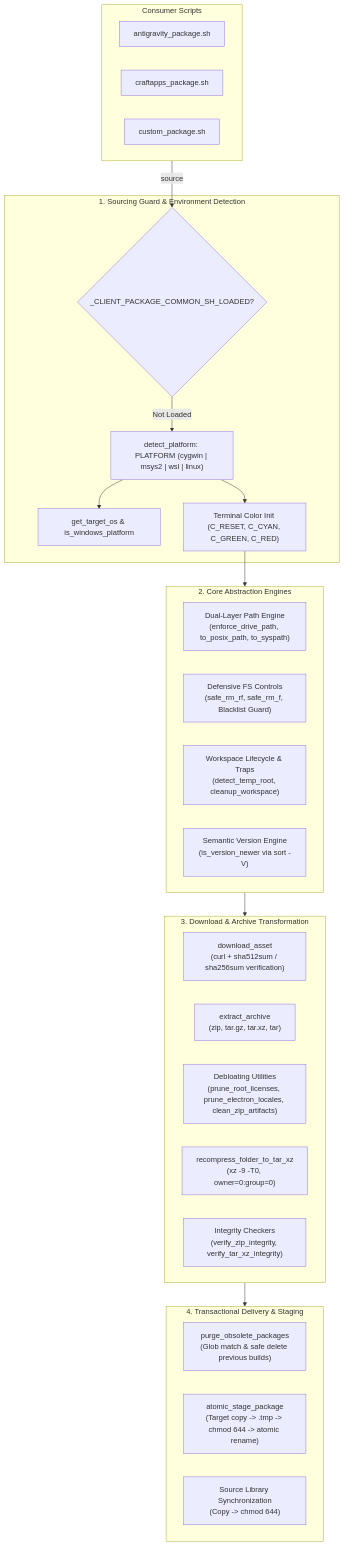
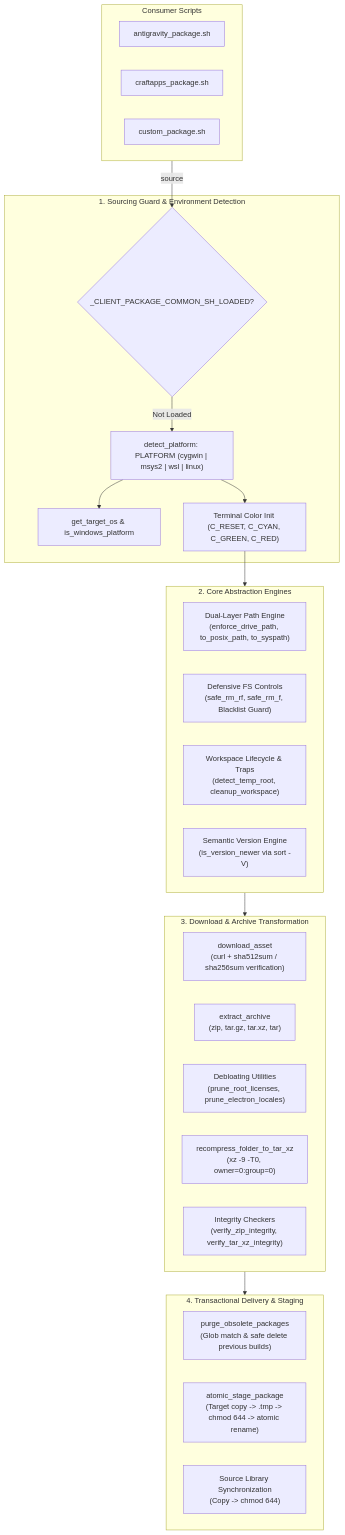
Before and after one commit to edsilegxrepo/devops: the first of 3 diagrams in client_tools/client_package_common_README.md, drawn with Mermaid. The commit also changed other lines of this file and 3 other files, not shown here.

````diff
--- a/client_tools/client_package_common_README.md
+++ b/client_tools/client_package_common_README.md
@@ -31,45 +31,45 @@
 ```mermaid
 flowchart TD
     subgraph Consumer ["Consumer Scripts"]
         Antigravity["antigravity_package.sh"]
         CraftApps["craftapps_package.sh"]
         CustomApp["custom_package.sh"]
     end
 
     subgraph Guard ["1. Sourcing Guard & Environment Detection"]
         SourceGuard{"_CLIENT_PACKAGE_COMMON_SH_LOADED?"}
         DetectPlatform["detect_platform: PLATFORM (cygwin | msys2 | wsl | linux)"]
         DetectOS["get_target_os & is_windows_platform"]
         TermColors["Terminal Color Init (C_RESET, C_CYAN, C_GREEN, C_RED)"]
     end
 
     subgraph CoreEngine ["2. Core Abstraction Engines"]
         PathEngine["Dual-Layer Path Engine\n(enforce_drive_path, to_posix_path, to_syspath)"]
         DefensiveFS["Defensive FS Controls\n(safe_rm_rf, safe_rm_f, Blacklist Guard)"]
         WorkspaceEngine["Workspace Lifecycle & Traps\n(detect_temp_root, cleanup_workspace)"]
         VersionEngine["Semantic Version Engine\n(is_version_newer via sort -V)"]
     end
 
     subgraph AssetsAndArchives ["3. Download & Archive Transformation"]
         DownloadHelper["download_asset\n(curl + sha512sum / sha256sum verification)"]
         ArchiveExtractor["extract_archive\n(zip, tar.gz, tar.xz, tar)"]
-        Debloater["Debloating Utilities\n(prune_root_licenses, prune_electron_locales, clean_zip_artifacts)"]
+        Debloater["Debloating Utilities\n(prune_root_licenses, prune_electron_locales)"]
         Recompressor["recompress_folder_to_tar_xz\n(xz -9 -T0, owner=0:group=0)"]
         Verifiers["Integrity Checkers\n(verify_zip_integrity, verify_tar_xz_integrity)"]
     end
 
     subgraph TransactionalDelivery ["4. Transactional Delivery & Staging"]
         PurgeOld["purge_obsolete_packages\n(Glob match & safe delete previous builds)"]
         StageTarget["atomic_stage_package\n(Target copy -> .tmp -> chmod 644 -> atomic rename)"]
         UpdateSource["Source Library Synchronization\n(Copy -> chmod 644)"]
     end
 
     Consumer -->|source| SourceGuard
     SourceGuard -- Not Loaded --> DetectPlatform
     DetectPlatform --> DetectOS
     DetectPlatform --> TermColors
     TermColors --> CoreEngine
 
     CoreEngine --> AssetsAndArchives
     AssetsAndArchives --> TransactionalDelivery
 ```
````
